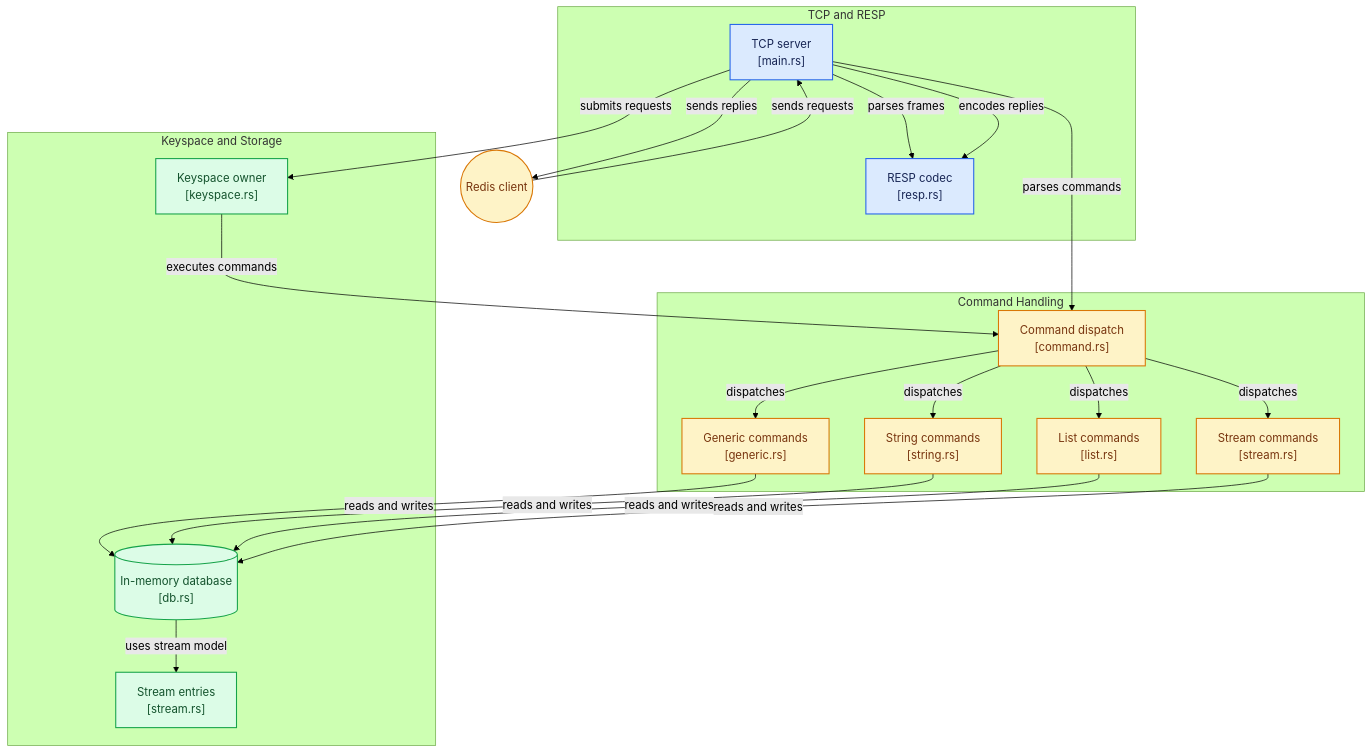
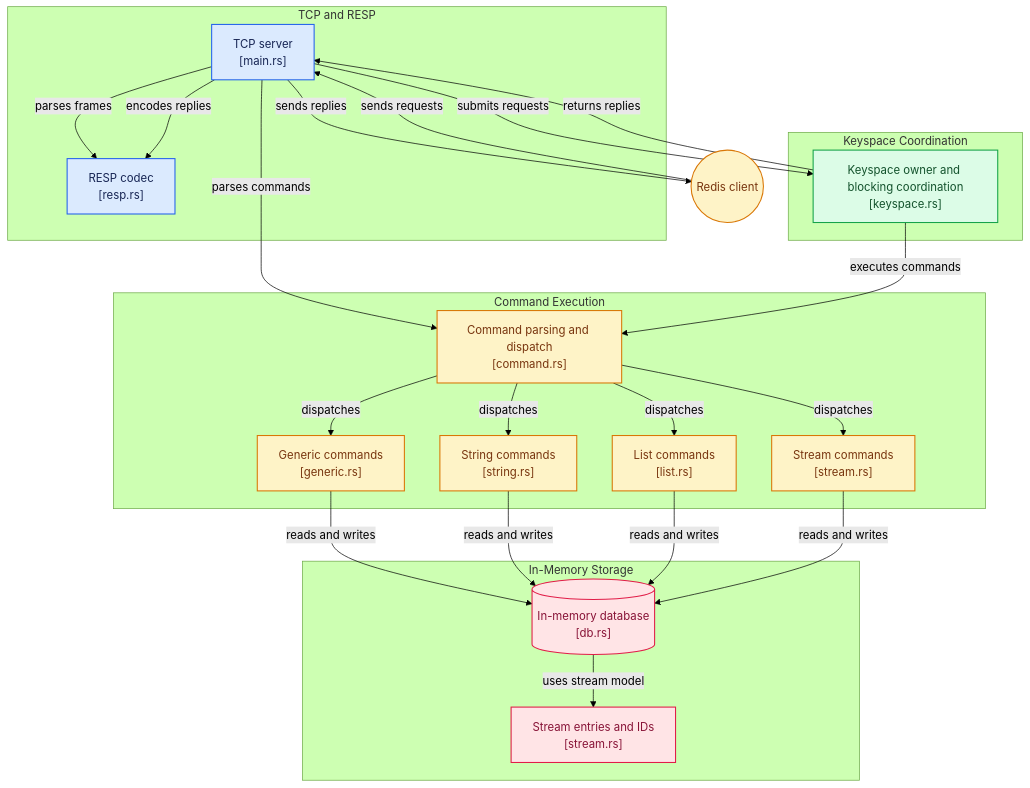
The diagram in README.md (sdevanathan96/rusty-redis), drawn with Mermaid (forest theme) before and after one commit.

Commit message:
Update the README architecture diagram

````diff
--- a/README.md
+++ b/README.md
@@ -50,63 +50,68 @@
 ```mermaid
 flowchart TD
 
 subgraph group_network["TCP and RESP"]
   node_server["TCP server<br/>[main.rs]"]
   node_resp["RESP codec<br/>[resp.rs]"]
 end
 
-subgraph group_commands["Command Handling"]
-  node_command["Command dispatch<br/>[command.rs]"]
+subgraph group_commands["Command Execution"]
+  node_command["Command parsing and dispatch<br/>[command.rs]"]
   node_generic["Generic commands<br/>[generic.rs]"]
   node_strings["String commands<br/>[string.rs]"]
   node_lists["List commands<br/>[list.rs]"]
   node_streams["Stream commands<br/>[stream.rs]"]
 end
 
-subgraph group_state["Keyspace and Storage"]
-  node_keyspace["Keyspace owner<br/>[keyspace.rs]"]
+subgraph group_keyspace["Keyspace Coordination"]
+  node_keyspace_task["Keyspace owner and blocking coordination<br/>[keyspace.rs]"]
+end
+
+subgraph group_storage["In-Memory Storage"]
   node_db[("In-memory database<br/>[db.rs]")]
-  node_streamdata["Stream entries<br/>[stream.rs]"]
+  node_stream_model["Stream entries and IDs<br/>[stream.rs]"]
 end
 
 node_client(("Redis client"))
 
 node_client -->|"sends requests"| node_server
 node_server -->|"parses frames"| node_resp
 node_server -->|"parses commands"| node_command
-node_server -->|"submits requests"| node_keyspace
-node_keyspace -->|"executes commands"| node_command
+node_server -->|"submits requests"| node_keyspace_task
+node_keyspace_task -->|"executes commands"| node_command
 node_command -->|"dispatches"| node_generic
 node_command -->|"dispatches"| node_strings
 node_command -->|"dispatches"| node_lists
 node_command -->|"dispatches"| node_streams
 node_generic -->|"reads and writes"| node_db
 node_strings -->|"reads and writes"| node_db
 node_lists -->|"reads and writes"| node_db
 node_streams -->|"reads and writes"| node_db
-node_db -->|"uses stream model"| node_streamdata
+node_db -->|"uses stream model"| node_stream_model
 node_server -->|"encodes replies"| node_resp
+node_keyspace_task -->|"returns replies"| node_server
 node_server -->|"sends replies"| node_client
 
 click node_server "https://github.com/sdevanathan96/rusty-redis/blob/main/src/main.rs"
 click node_resp "https://github.com/sdevanathan96/rusty-redis/blob/main/src/resp.rs"
 click node_command "https://github.com/sdevanathan96/rusty-redis/blob/main/src/command.rs"
 click node_generic "https://github.com/sdevanathan96/rusty-redis/blob/main/src/command/generic.rs"
 click node_strings "https://github.com/sdevanathan96/rusty-redis/blob/main/src/command/string.rs"
 click node_lists "https://github.com/sdevanathan96/rusty-redis/blob/main/src/command/list.rs"
 click node_streams "https://github.com/sdevanathan96/rusty-redis/blob/main/src/command/stream.rs"
-click node_keyspace "https://github.com/sdevanathan96/rusty-redis/blob/main/src/keyspace.rs"
+click node_keyspace_task "https://github.com/sdevanathan96/rusty-redis/blob/main/src/keyspace.rs"
 click node_db "https://github.com/sdevanathan96/rusty-redis/blob/main/src/db.rs"
-click node_streamdata "https://github.com/sdevanathan96/rusty-redis/blob/main/src/db/stream.rs"
+click node_stream_model "https://github.com/sdevanathan96/rusty-redis/blob/main/src/db/stream.rs"
 
 classDef toneNeutral fill:#f8fafc,stroke:#334155,stroke-width:1.5px,color:#0f172a
 classDef toneBlue fill:#dbeafe,stroke:#2563eb,stroke-width:1.5px,color:#172554
 classDef toneAmber fill:#fef3c7,stroke:#d97706,stroke-width:1.5px,color:#78350f
 classDef toneMint fill:#dcfce7,stroke:#16a34a,stroke-width:1.5px,color:#14532d
 classDef toneRose fill:#ffe4e6,stroke:#e11d48,stroke-width:1.5px,color:#881337
 classDef toneIndigo fill:#e0e7ff,stroke:#4f46e5,stroke-width:1.5px,color:#312e81
 classDef toneTeal fill:#ccfbf1,stroke:#0f766e,stroke-width:1.5px,color:#134e4a
 class node_server,node_resp toneBlue
 class node_command,node_generic,node_strings,node_lists,node_streams,node_client toneAmber
-class node_keyspace,node_db,node_streamdata toneMint
+class node_keyspace_task toneMint
+class node_db,node_stream_model toneRose
 ```
````
